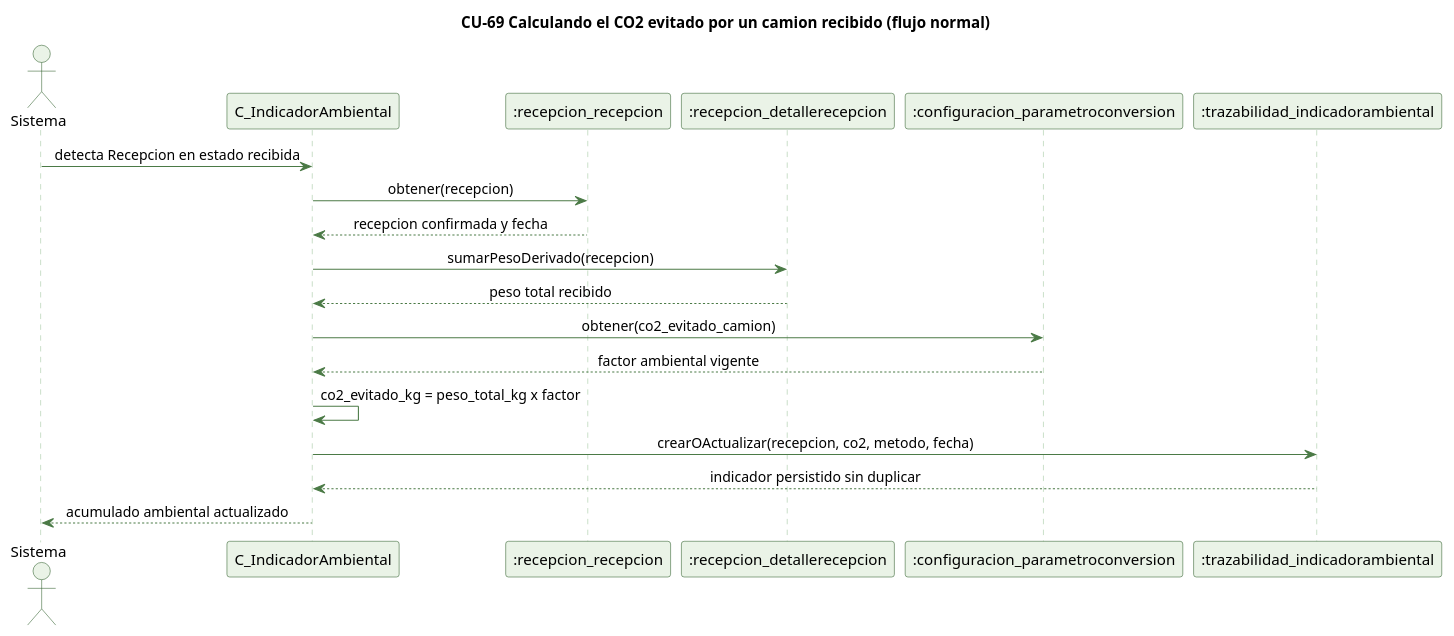
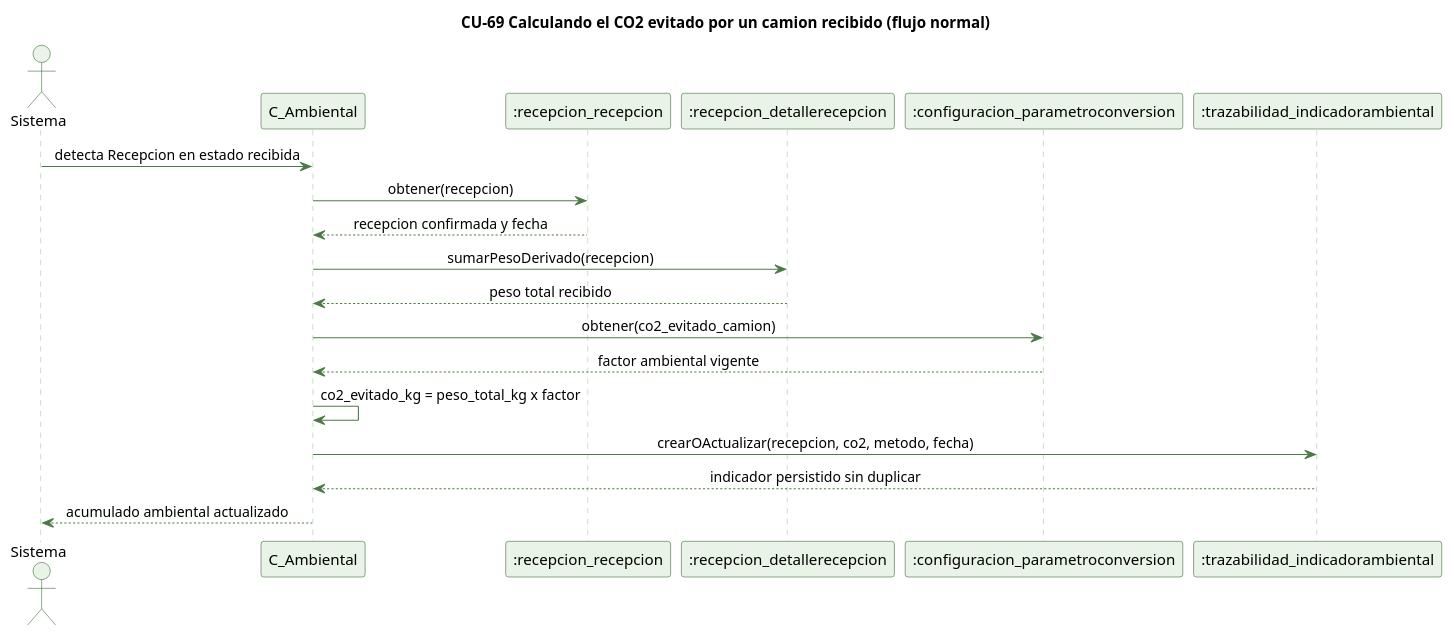
The diagram in docs/trabajo-grupal/diagramas/secuencias/cu69-co2-recepcion-normal.puml (kenjikaese/Triverde), drawn with PlantUML before and after one commit. The commit also changed 101 other files, not shown here.

```diff
--- a/docs/trabajo-grupal/diagramas/secuencias/cu69-co2-recepcion-normal.puml
+++ b/docs/trabajo-grupal/diagramas/secuencias/cu69-co2-recepcion-normal.puml
@@ -1,35 +1,35 @@
 @startuml cu69-co2-recepcion-normal
 ' CU-69 Calculando el CO2 evitado por un camion recibido - flujo normal
 skinparam backgroundColor #FFFFFF
 skinparam shadowing false
 skinparam defaultFontName Helvetica
 skinparam sequenceMessageAlign center
 skinparam ParticipantBackgroundColor #EAF3E7
 skinparam ParticipantBorderColor #2E5E2A
 skinparam ActorBackgroundColor #EAF3E7
 skinparam ActorBorderColor #2E5E2A
 skinparam sequenceLifeLineBorderColor #9CC49A
 skinparam ArrowColor #4B7A46
 
 title CU-69 Calculando el CO2 evitado por un camion recibido (flujo normal)
 
 actor Sistema
-participant "C_IndicadorAmbiental" as C
+participant "C_Ambiental" as C
 participant ":recepcion_recepcion" as R
 participant ":recepcion_detallerecepcion" as DR
 participant ":configuracion_parametroconversion" as PC
 participant ":trazabilidad_indicadorambiental" as IA
 
 Sistema -> C : detecta Recepcion en estado recibida
 C -> R : obtener(recepcion)
 R --> C : recepcion confirmada y fecha
 C -> DR : sumarPesoDerivado(recepcion)
 DR --> C : peso total recibido
 C -> PC : obtener(co2_evitado_camion)
 PC --> C : factor ambiental vigente
 C -> C : co2_evitado_kg = peso_total_kg x factor
 C -> IA : crearOActualizar(recepcion, co2, metodo, fecha)
 IA --> C : indicador persistido sin duplicar
 C --> Sistema : acumulado ambiental actualizado
 
 @enduml
```
